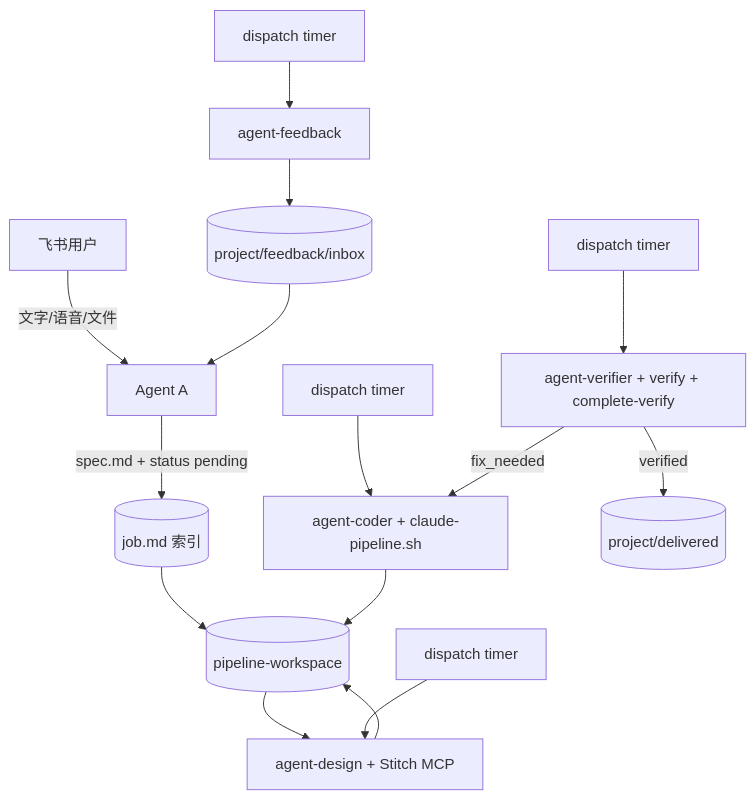
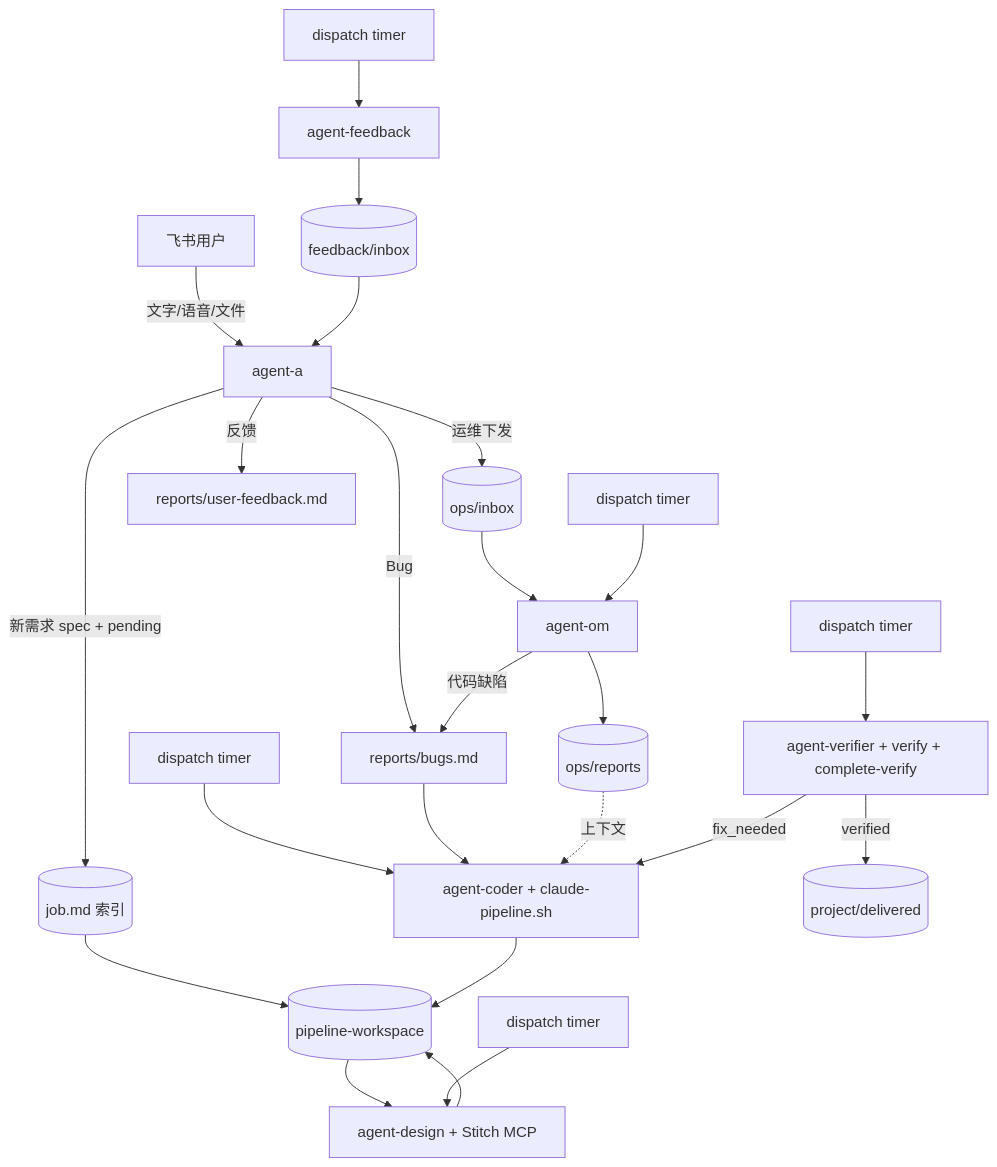
Before and after one commit to wmx-poe/test-pipeline: the second of 2 diagrams in README.md, drawn with Mermaid. The commit also changed other lines of this file and 47 other files, not shown here.

````diff
--- a/README.md
+++ b/README.md
@@ -43,17 +64,26 @@
 ```mermaid
 flowchart TB
-  User[飞书用户] -->|文字/语音/文件| A[Agent A]
-  A -->|spec.md + status pending| Q[(job.md 索引)]
+  User[飞书用户] -->|文字/语音/文件| A[agent-a]
+  A -->|新需求 spec + pending| Q[(job.md 索引)]
+  A -->|运维下发| OpsIn[(ops/inbox)]
+  A -->|Bug| Bugs[reports/bugs.md]
+  A -->|反馈| UF[reports/user-feedback.md]
+  OpsIn --> OM[agent-om]
+  OM -->|代码缺陷| Bugs
+  OM --> OpsRep[(ops/reports)]
   WS[(pipeline-workspace)] --> D
   Cron1[dispatch timer] --> D[agent-design + Stitch MCP]
   Cron2[dispatch timer] --> C[agent-coder + claude-pipeline.sh]
   Cron3[dispatch timer] --> V[agent-verifier + verify + complete-verify]
   Q --> WS
   D --> WS
   C --> WS
+  Bugs --> C
+  OpsRep -.->|上下文| C
   V -->|verified| Del[(project/delivered)]
   V -->|fix_needed| C
   Cron4[dispatch timer] --> F[agent-feedback]
-  F --> Inbox[(project/feedback/inbox)]
+  F --> Inbox[(feedback/inbox)]
   Inbox --> A
+  Cron5[dispatch timer] --> OM
 ```
````
